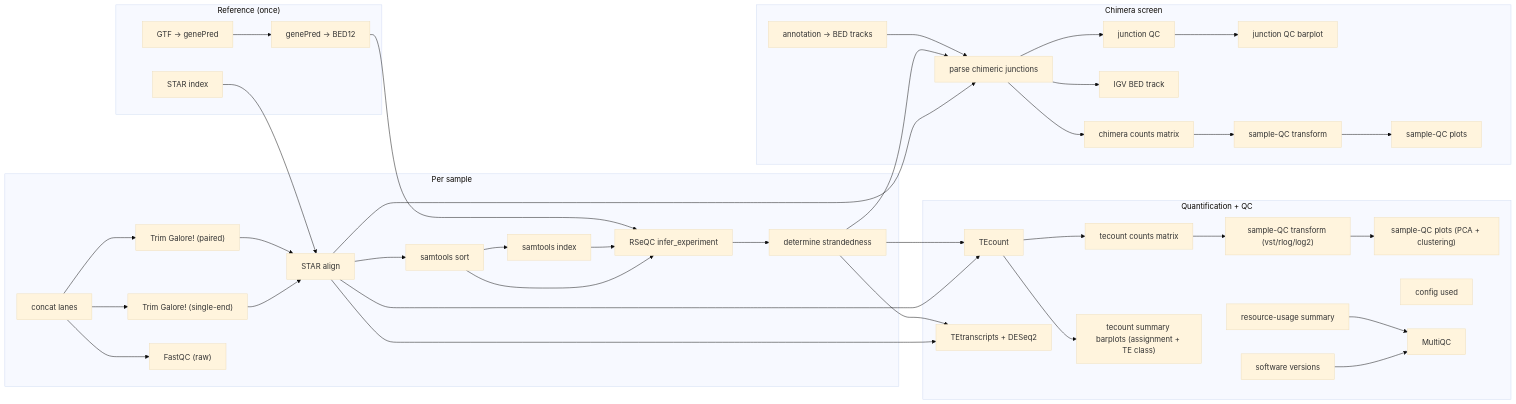
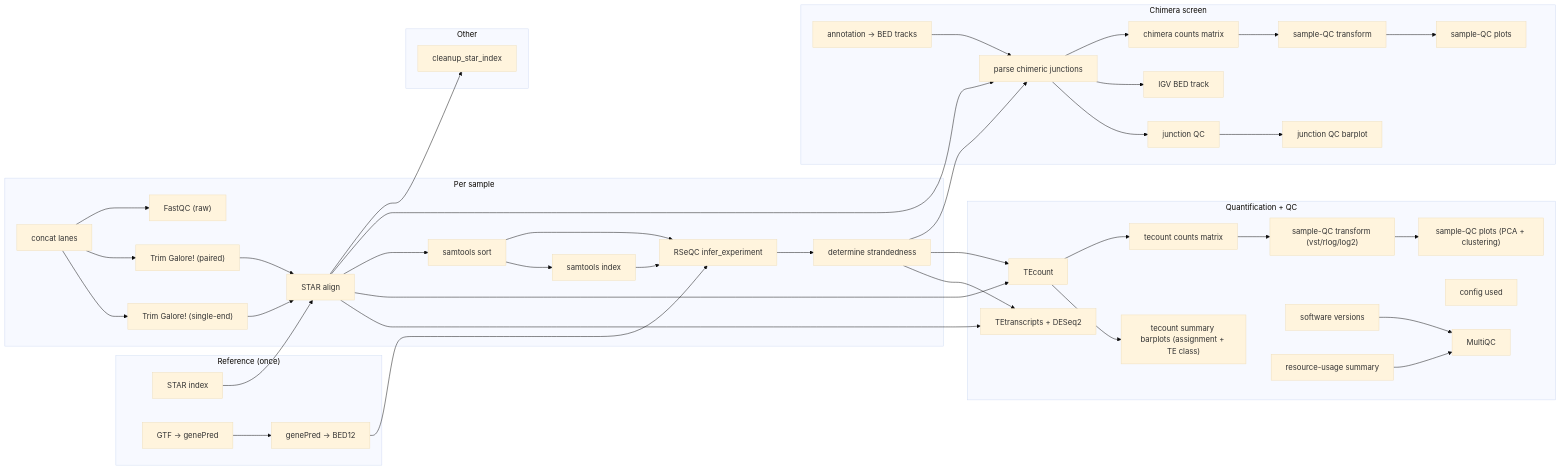
One commit to altintasali/TEtranscripts-pipe changed the first of 2 diagrams in README.md. Above: the diagram before and after it, drawn with Mermaid (base theme). The commit also changed other lines of this file and 8 other files, not shown here.

First line of the commit message:
feat: add outputs.keep_star_index and make ref.fasta optional when build_index=false

````diff
--- a/README.md
+++ b/README.md
@@ -13,73 +13,77 @@
 ```mermaid
 flowchart LR
     subgraph reference_once["Reference (once)"]
         star_index["STAR index"]
         gtf_to_genepred["GTF -> genePred"]
         genepred_to_bed12["genePred -> BED12"]
     end
     subgraph per_sample["Per sample"]
         cat_fastq["concat lanes"]
         trim_galore_pe["Trim Galore! (paired)"]
         trim_galore_se["Trim Galore! (single-end)"]
         star_align["STAR align"]
         samtools_sort["samtools sort"]
         samtools_index["samtools index"]
         fastqc_raw["FastQC (raw)"]
         rseqc_infer_experiment["RSeQC infer_experiment"]
         determine_strandedness["determine strandedness"]
     end
     subgraph quantification_qc["Quantification + QC"]
         tecount["TEcount"]
         tetranscripts_diffexp["TEtranscripts + DESeq2"]
         tecount_counts["tecount counts matrix"]
         tecount_qc_transform["sample-QC transform (vst/rlog/log2)"]
         tecount_qc["sample-QC plots (PCA + clustering)"]
         tecount_summary["tecount summary barplots (assignment + TE class)"]
         software_versions["software versions"]
         config_used["config used"]
         benchmark_summary["resource-usage summary"]
         multiqc["MultiQC"]
     end
     subgraph chimera_screen["Chimera screen"]
         annotation_to_bed["annotation -> BED tracks"]
         parse_chimeric_junctions["parse chimeric junctions"]
         junction_qc["junction QC"]
         junction_qc_barplot["junction QC barplot"]
         chimera_igv_bed["IGV BED track"]
         chimera_counts["chimera counts matrix"]
         sample_qc_transform["sample-QC transform"]
         sample_qc["sample-QC plots"]
     end
+    subgraph other["Other"]
+        cleanup_star_index["cleanup_star_index"]
+    end
     annotation_to_bed --> parse_chimeric_junctions
     benchmark_summary --> multiqc
     cat_fastq --> fastqc_raw
     cat_fastq --> trim_galore_pe
     cat_fastq --> trim_galore_se
     chimera_counts --> sample_qc_transform
     determine_strandedness --> parse_chimeric_junctions
     determine_strandedness --> tecount
     determine_strandedness --> tetranscripts_diffexp
     genepred_to_bed12 --> rseqc_infer_experiment
     gtf_to_genepred --> genepred_to_bed12
     junction_qc --> junction_qc_barplot
     parse_chimeric_junctions --> chimera_counts
     parse_chimeric_junctions --> chimera_igv_bed
     parse_chimeric_junctions --> junction_qc
     rseqc_infer_experiment --> determine_strandedness
     sample_qc_transform --> sample_qc
     samtools_index --> rseqc_infer_experiment
     samtools_sort --> rseqc_infer_experiment
     samtools_sort --> samtools_index
     software_versions --> multiqc
+    star_align --> cleanup_star_index
     star_align --> parse_chimeric_junctions
     star_align --> samtools_sort
     star_align --> tecount
     star_align --> tetranscripts_diffexp
     star_index --> star_align
     tecount --> tecount_counts
     tecount --> tecount_summary
     tecount_counts --> tecount_qc_transform
     tecount_qc_transform --> tecount_qc
     trim_galore_pe --> star_align
     trim_galore_se --> star_align
 ```
````
